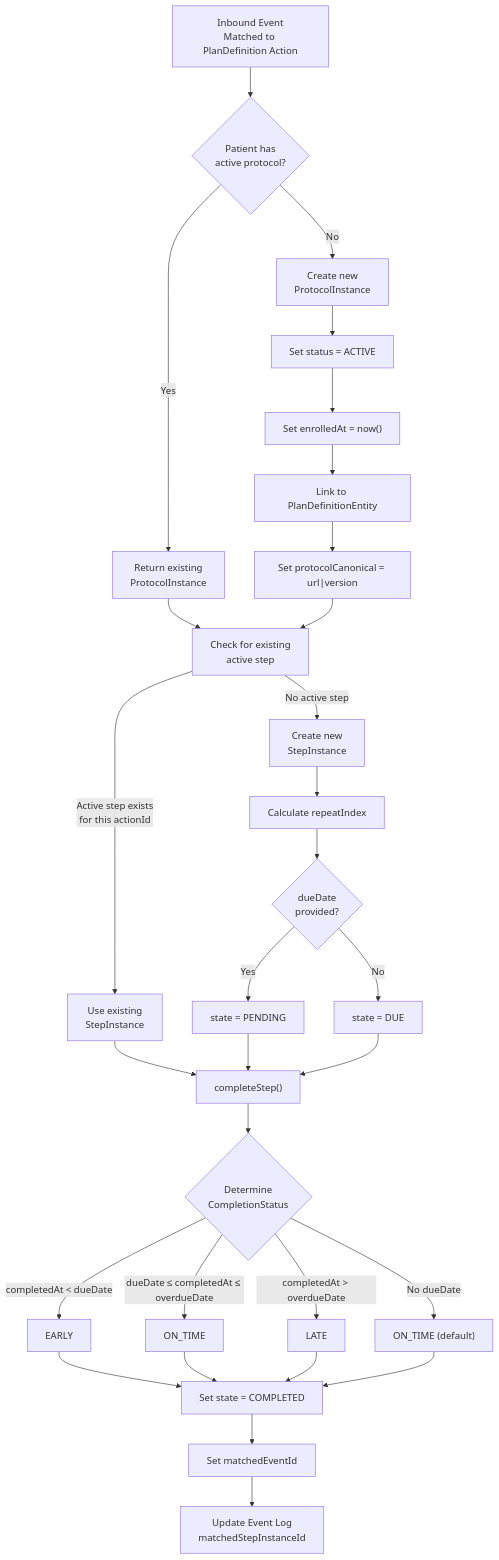
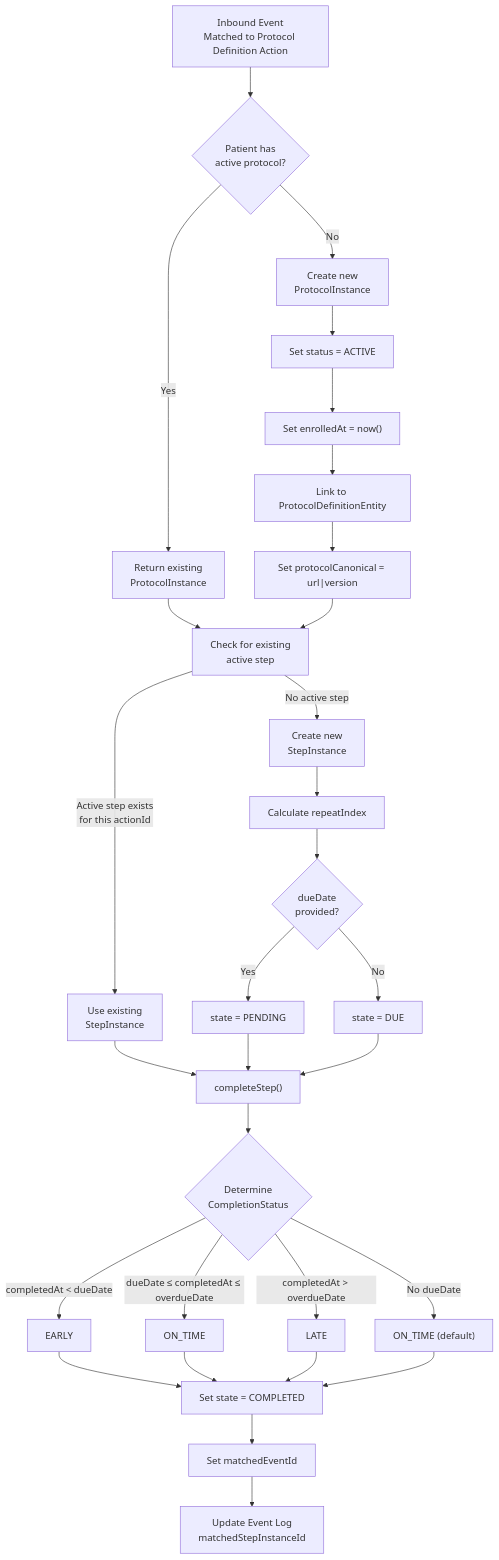
The fourth of 7 diagrams in docs/flow-diagrams.md (Jayaprakash8887/cce-compliance-service), drawn with Mermaid before and after one commit. The commit also changed other lines of this file and 4 other files, not shown here.

````diff
--- a/docs/flow-diagrams.md
+++ b/docs/flow-diagrams.md
@@ -229,41 +229,41 @@
 ```mermaid
 flowchart TD
-    A["Inbound Event<br/>Matched to PlanDefinition Action"] --> B{"Patient has<br/>active protocol?"}
+    A["Inbound Event<br/>Matched to Protocol Definition Action"] --> B{"Patient has<br/>active protocol?"}
 
     B -->|"Yes"| C["Return existing<br/>ProtocolInstance"]
     B -->|"No"| D["Create new<br/>ProtocolInstance"]
 
     D --> E["Set status = ACTIVE"]
     E --> F["Set enrolledAt = now()"]
-    F --> G["Link to PlanDefinitionEntity"]
+    F --> G["Link to ProtocolDefinitionEntity"]
     G --> H["Set protocolCanonical = url|version"]
 
     C --> I["Check for existing<br/>active step"]
     H --> I
 
     I -->|"Active step exists<br/>for this actionId"| J["Use existing<br/>StepInstance"]
     I -->|"No active step"| K["Create new<br/>StepInstance"]
 
     K --> L["Calculate repeatIndex"]
     L --> M{"dueDate<br/>provided?"}
     M -->|"Yes"| N["state = PENDING"]
     M -->|"No"| O["state = DUE"]
 
     J --> P["completeStep()"]
     N --> P
     O --> P
 
     P --> Q{"Determine<br/>CompletionStatus"}
     Q -->|"completedAt < dueDate"| R["EARLY"]
     Q -->|"dueDate ≤ completedAt ≤ overdueDate"| S["ON_TIME"]
     Q -->|"completedAt > overdueDate"| T["LATE"]
     Q -->|"No dueDate"| U["ON_TIME (default)"]
 
     R --> V["Set state = COMPLETED"]
     S --> V
     T --> V
     U --> V
 
     V --> W["Set matchedEventId"]
     W --> X["Update Event Log<br/>matchedStepInstanceId"]
 ```
````
